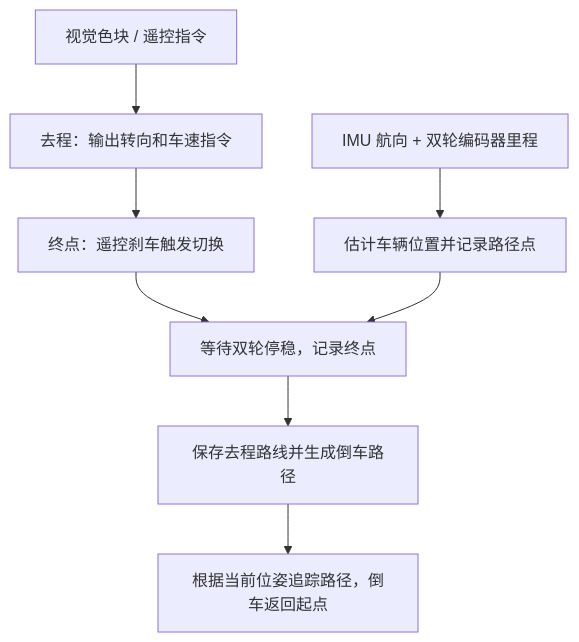
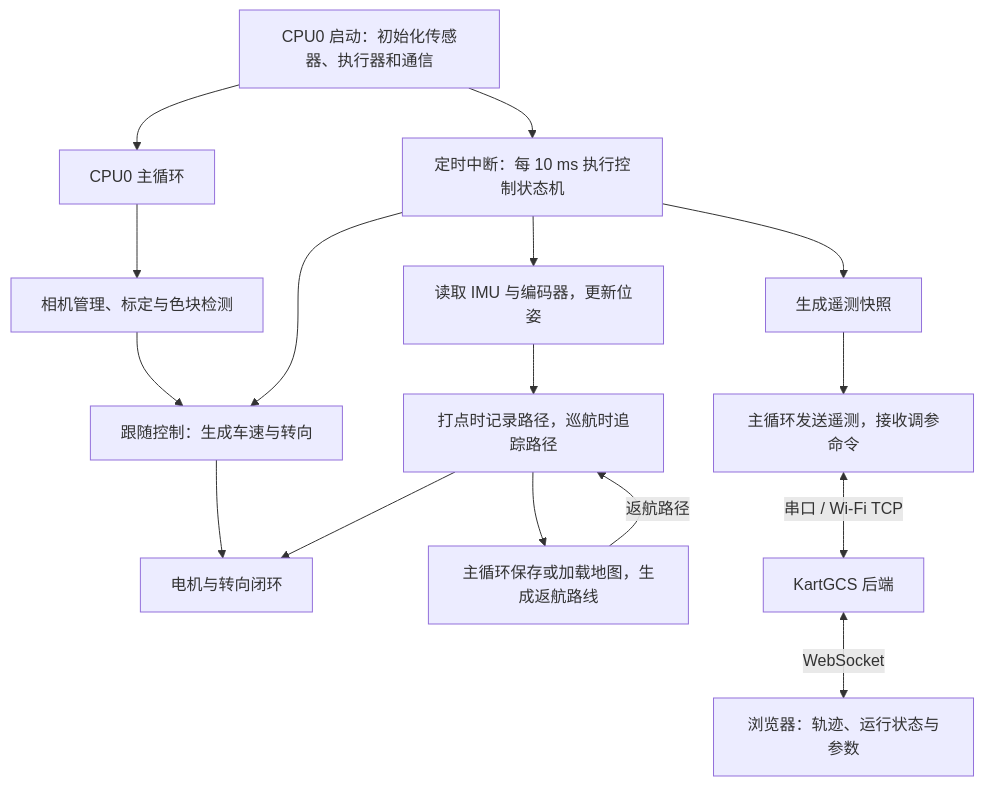
One commit to Tansir11/engineering-portfolio changed the diagram in README.md. Above: the diagram before and after it, drawn with Mermaid. The commit also changed other lines of this file, not shown here.

Commit message:
Document firmware modules and KartGCS architecture

````diff
--- a/README.md
+++ b/README.md
@@ -19,10 +40,18 @@
 ```mermaid
 flowchart TD
-    A["视觉色块 / 遥控指令"] --> B["去程：输出转向和车速指令"]
-    C["IMU 航向 + 双轮编码器里程"] --> D["估计车辆位置并记录路径点"]
-    B --> E["终点：遥控刹车触发切换"]
-    E --> F["等待双轮停稳，记录终点"]
-    D --> F
-    F --> G["保存去程路线并生成倒车路径"]
-    G --> H["根据当前位姿追踪路径，倒车返回起点"]
+  A["CPU0 启动：初始化传感器、执行器和通信"] --> B["定时中断：每 10 ms 执行控制状态机"]
+  A --> C["CPU0 主循环"]
+  C --> D["相机管理、标定与色块检测"]
+  D --> E["跟随控制：生成车速与转向"]
+  B --> E
+  B --> F["读取 IMU 与编码器，更新位姿"]
+  F --> G["打点时记录路径，巡航时追踪路径"]
+  E --> H["电机与转向闭环"]
+  G --> H
+  G --> I["主循环保存或加载地图，生成返航路线"]
+  I -->|"返航路径"| G
+  B --> J["生成遥测快照"]
+  J --> K["主循环发送遥测，接收调参命令"]
+  K <-->|"串口 / Wi-Fi TCP"| L["KartGCS 后端"]
+  L <-->|"WebSocket"| M["浏览器：轨迹、运行状态与参数"]
 ```
````
